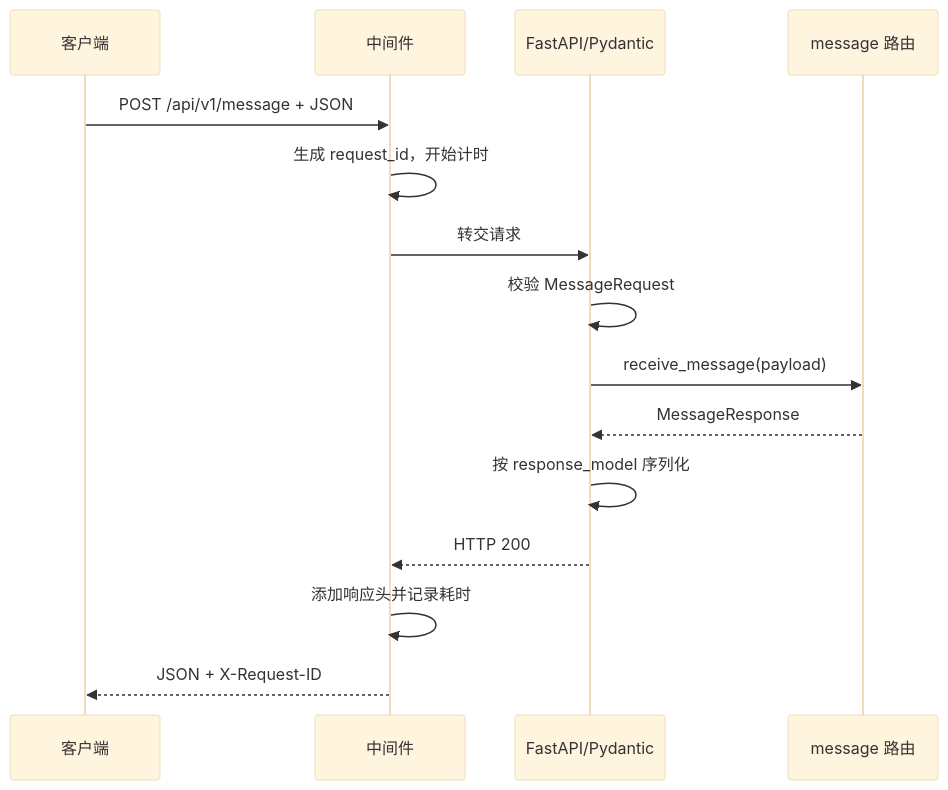
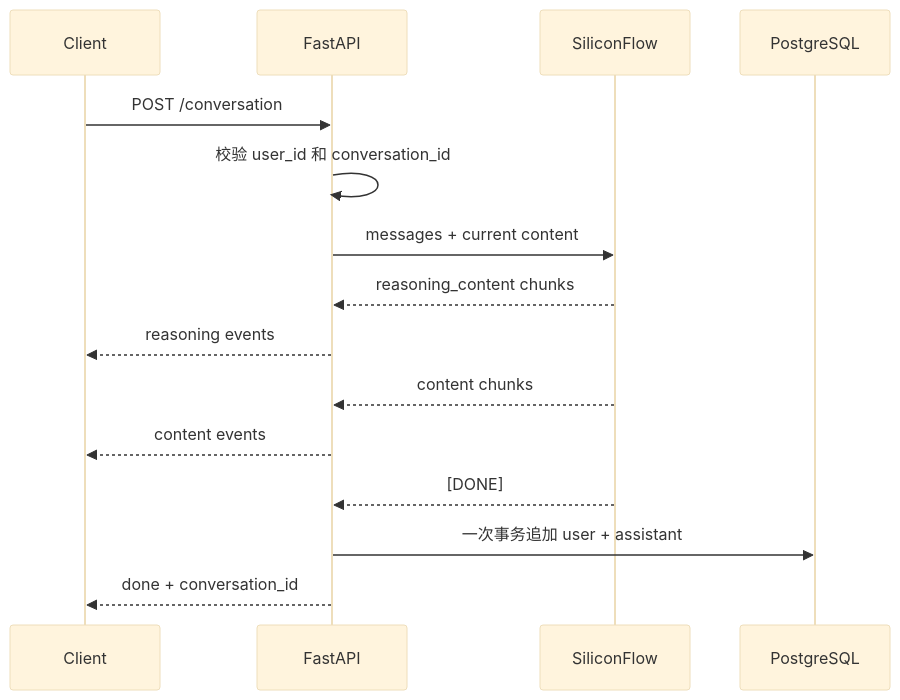
The diagram in fastAPI/ARCHITECTURE.md (zuziqiu/python), drawn with Mermaid (base theme) before and after one commit. The commit also changed other lines of this file and 23 other files, not shown here.

````diff
--- a/fastAPI/ARCHITECTURE.md
+++ b/fastAPI/ARCHITECTURE.md
@@ -269,18 +64,18 @@
 ```mermaid
 sequenceDiagram
-    participant Client as 客户端
-    participant Middleware as 中间件
-    participant FastAPI as FastAPI/Pydantic
-    participant Route as message 路由
+    participant Client as Client
+    participant API as FastAPI
+    participant AI as SiliconFlow
+    participant DB as PostgreSQL
 
-    Client->>Middleware: POST /api/v1/message + JSON
-    Middleware->>Middleware: 生成 request_id，开始计时
-    Middleware->>FastAPI: 转交请求
-    FastAPI->>FastAPI: 校验 MessageRequest
-    FastAPI->>Route: receive_message(payload)
-    Route-->>FastAPI: MessageResponse
-    FastAPI->>FastAPI: 按 response_model 序列化
-    FastAPI-->>Middleware: HTTP 200
-    Middleware->>Middleware: 添加响应头并记录耗时
-    Middleware-->>Client: JSON + X-Request-ID
+    Client->>API: POST /conversation
+    API->>API: 校验 user_id 和 conversation_id
+    API->>AI: messages + current content
+    AI-->>API: reasoning_content chunks
+    API-->>Client: reasoning events
+    AI-->>API: content chunks
+    API-->>Client: content events
+    AI-->>API: [DONE]
+    API->>DB: 一次事务追加 user + assistant
+    API-->>Client: done + conversation_id
 ```
````
